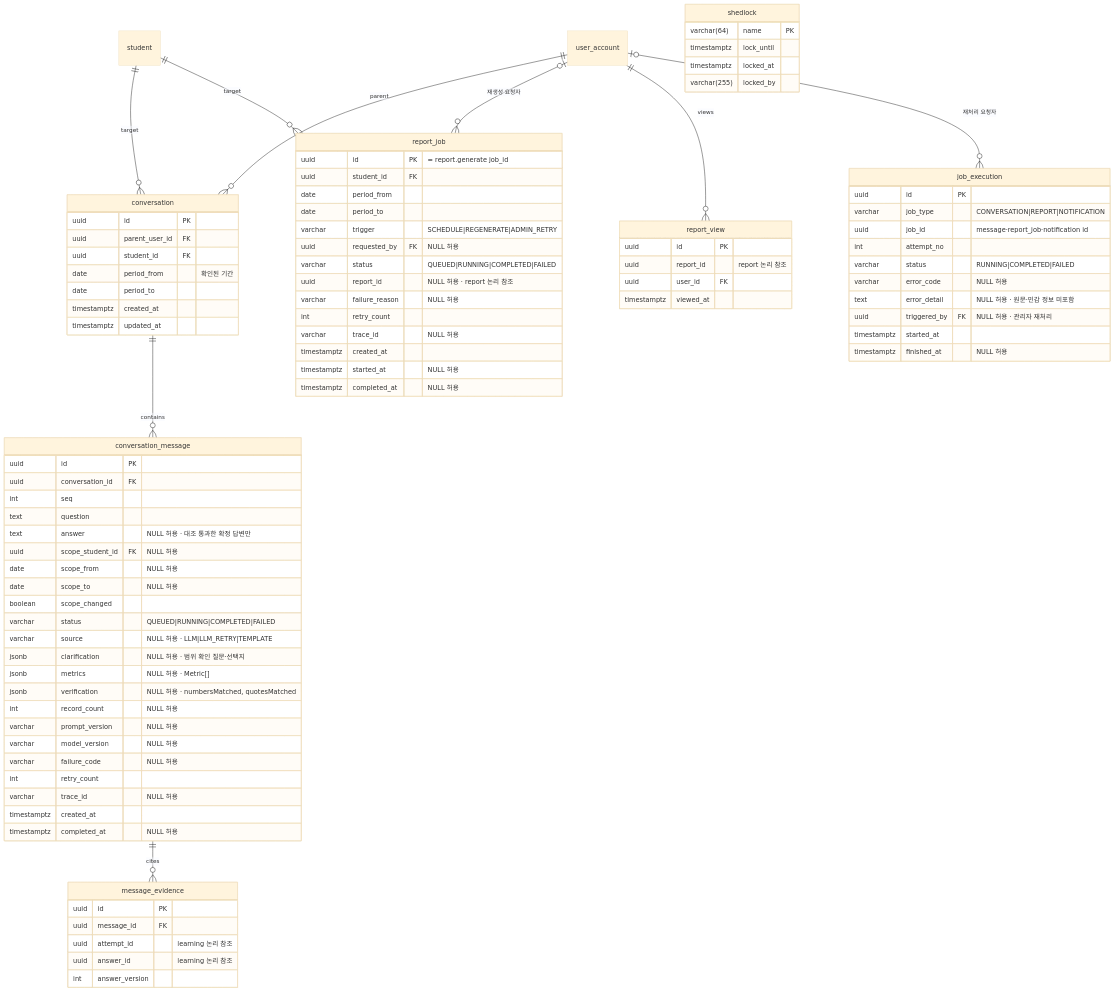
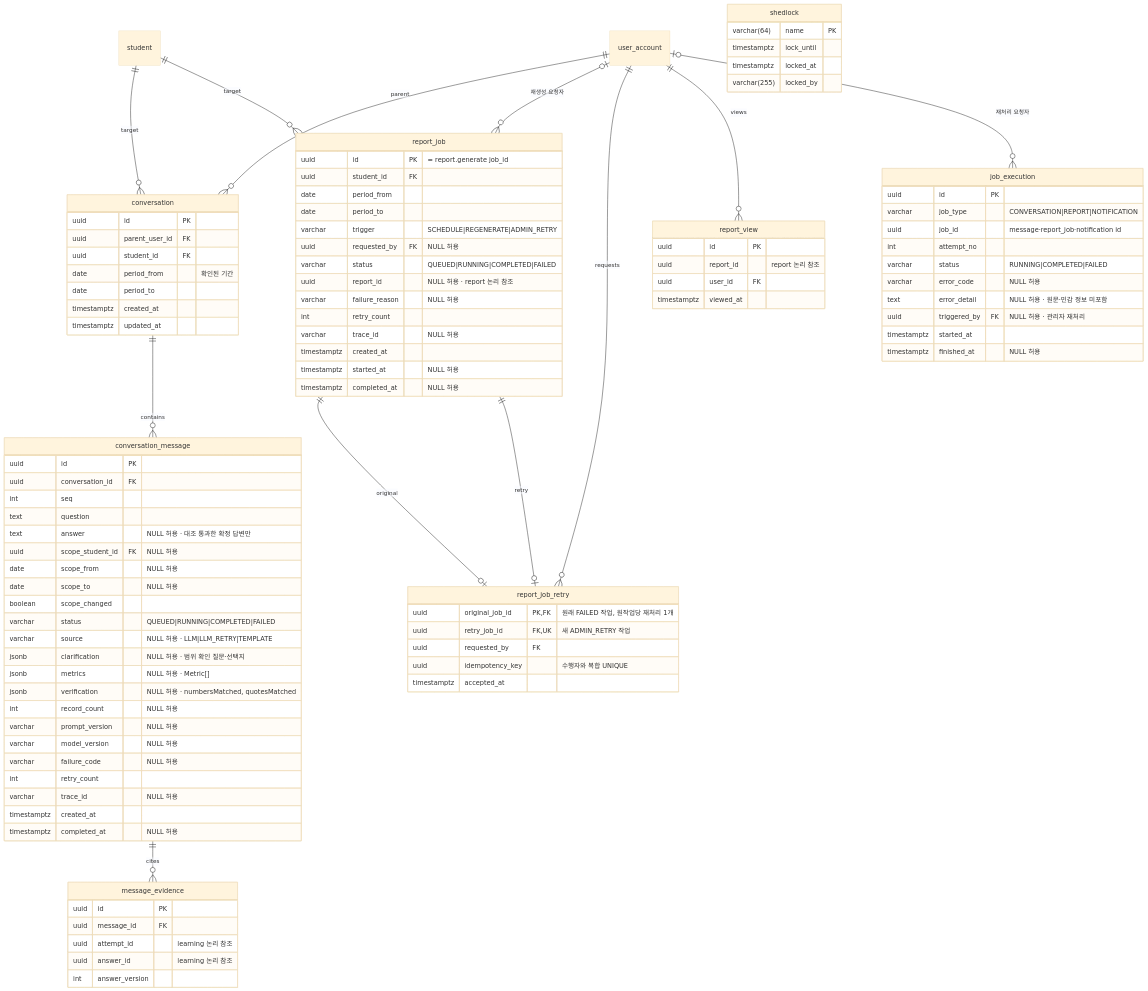
Before and after one commit to SKNETWORKS-FAMILY-AICAMP/SKN34-FINAL-3TEAM: the fourth of 11 diagrams in docs/design/erd.md, drawn with Mermaid (base theme). The commit also changed other lines of this file and 27 other files, not shown here.

```diff
--- a/docs/design/erd.md
+++ b/docs/design/erd.md
@@ -250,6 +250,9 @@
   conversation_message ||--o{ message_evidence : cites
   student ||--o{ report_job : target
   user_account |o--o{ report_job : "재생성 요청자"
+  report_job ||--o| report_job_retry : original
+  report_job ||--o| report_job_retry : retry
+  user_account ||--o{ report_job_retry : requests
   user_account ||--o{ report_view : views
   user_account |o--o{ job_execution : "재처리 요청자"
 
@@ -309,6 +312,13 @@
     timestamptz started_at "NULL 허용"
     timestamptz completed_at "NULL 허용"
   }
+  report_job_retry {
+    uuid original_job_id PK,FK "원래 FAILED 작업, 원작업당 재처리 1개"
+    uuid retry_job_id FK,UK "새 ADMIN_RETRY 작업"
+    uuid requested_by FK
+    uuid idempotency_key "수행자와 복합 UNIQUE"
+    timestamptz accepted_at
+  }
   job_execution {
     uuid id PK
     varchar job_type "CONVERSATION|REPORT|NOTIFICATION"
```
